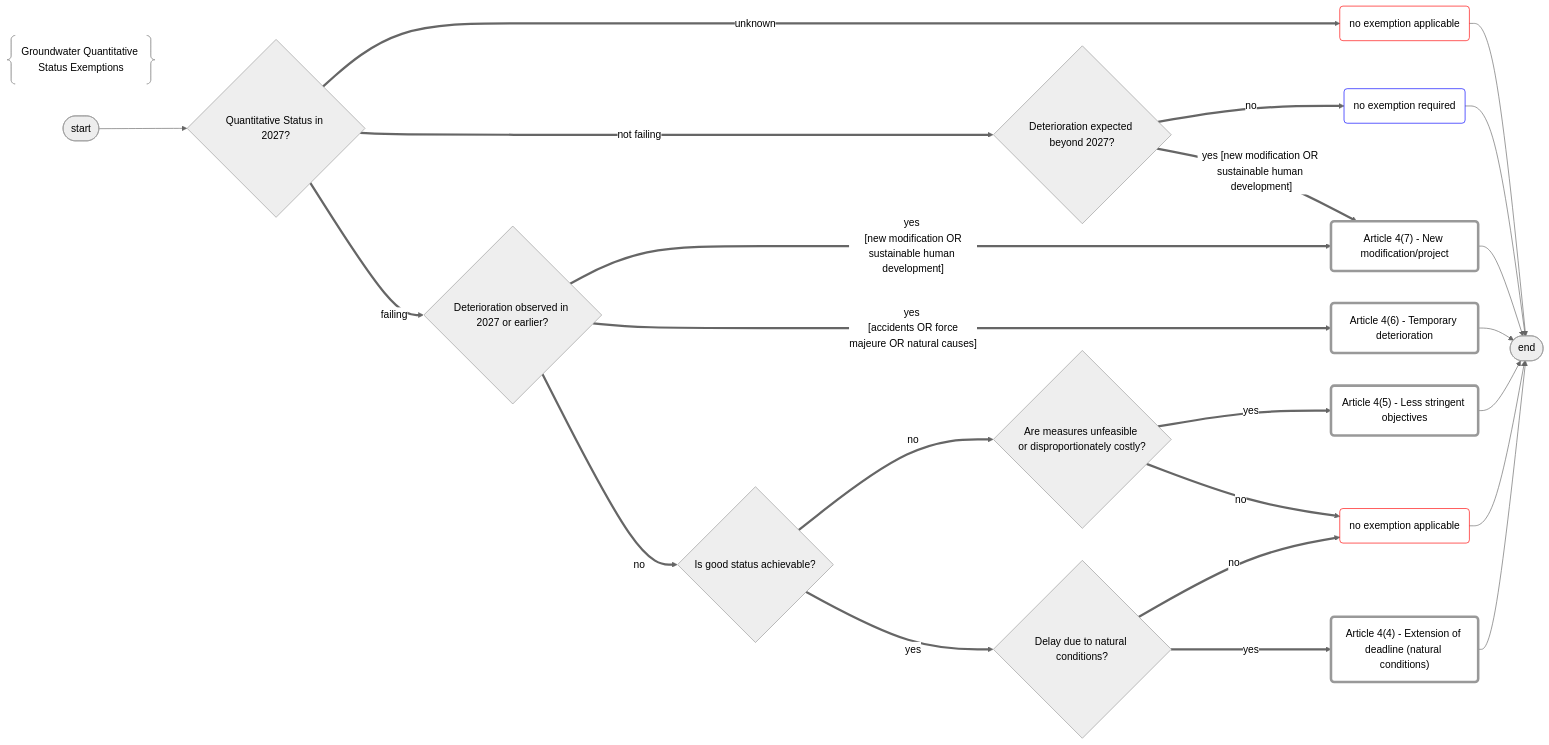
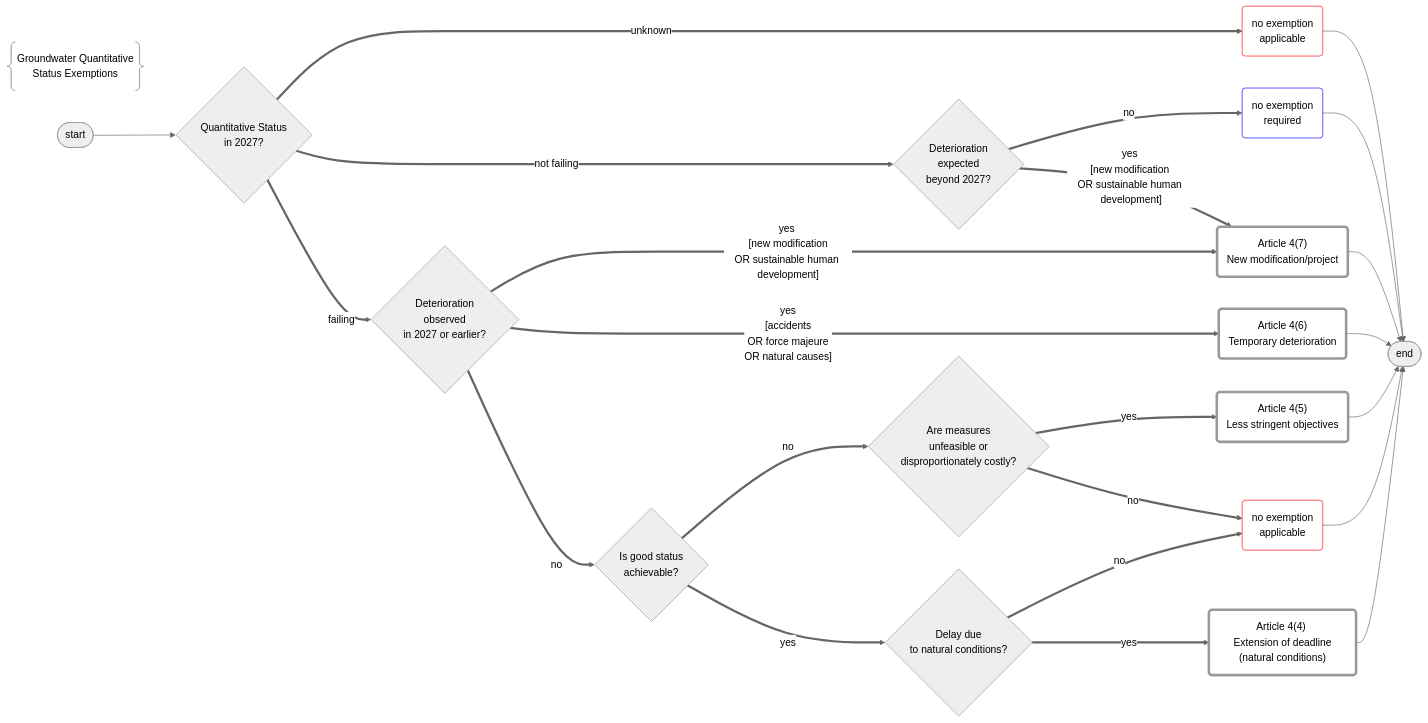
Before and after one commit to eeadata/WISE.WFD.Documentation: the diagram in docs/DataModelReview/mmd/Exemptions_QuantitativeExemption_Flowchart.mmd, drawn with Mermaid. The commit also changed 4 other files, not shown here.

Commit message:
Inserting forced line breaks into the flowcharts

```diff
--- a/docs/DataModelReview/mmd/Exemptions_QuantitativeExemption_Flowchart.mmd
+++ b/docs/DataModelReview/mmd/Exemptions_QuantitativeExemption_Flowchart.mmd
@@ -1,76 +1,76 @@
 %%{init: {'theme': 'neutral'}}%%
 
 flowchart LR
 
 %% Groundwater Quantitative Status Exemptions
-title@{ shape: braces, label: "Groundwater Quantitative Status Exemptions" }
+title@{ shape: braces, label: "Groundwater Quantitative <br/>Status Exemptions" }
 
 %% Defining the nodes
 		
 initial([start])
 final([end])
 
 %% duplicate nodeS for just for flowchart readability
-hasNoApplicableExemption_1("no exemption applicable"):::stateRed
-hasNoApplicableExemption_2("no exemption required"):::stateBlue
-hasNoApplicableExemption_3("no exemption applicable"):::stateRed
+hasNoApplicableExemption_1("no exemption <br/>applicable"):::stateRed
+hasNoApplicableExemption_2("no exemption <br/>required"):::stateBlue
+hasNoApplicableExemption_3("no exemption <br/>applicable"):::stateRed
 
-hasExemption44n("Article 4(4) - Extension of deadline (natural conditions)"):::state
-hasExemption45("Article 4(5) - Less stringent objectives"):::state
-hasExemption46("Article 4(6) - Temporary deterioration"):::state
-hasExemption47("Article 4(7) - New modification/project"):::state
+hasExemption44n("Article 4(4) <br/> Extension of deadline (natural conditions)"):::state
+hasExemption45("Article 4(5) <br/> Less stringent objectives"):::state
+hasExemption46("Article 4(6) <br/> Temporary deterioration"):::state
+hasExemption47("Article 4(7) <br/> New modification/project"):::state
 
 %% Defining the decisions
 
-isQuantitativeStatusIn2027{"Quantitative Status in 2027?"}
-isDeteriorationExpected{"Deterioration expected beyond 2027?"}
-isDeteriorationObserved{"Deterioration observed in 2027 or earlier?"}
-isGoodStatusAchievable{"Is good status achievable?"}
-isUnfeasibleOrCostly{"Are measures unfeasible or disproportionately costly?"}
-isDelayDueToNaturalConditions{"Delay due to natural conditions?"}
+isQuantitativeStatusIn2027{"Quantitative Status <br/>in 2027?"}
+isDeteriorationExpected{"Deterioration <br/>expected <br/>beyond 2027?"}
+isDeteriorationObserved{"Deterioration <br/>observed <br/>in 2027 or earlier?"}
+isGoodStatusAchievable{"Is good status <br/>achievable?"}
+isUnfeasibleOrCostly{"Are measures <br/>unfeasible or <br/>disproportionately costly?"}
+isDelayDueToNaturalConditions{"Delay due <br/>to natural conditions?"}
 
 %% Flow to TERMINATORS
 
 initial --> isQuantitativeStatusIn2027
 hasNoApplicableExemption_1 --> final
 hasNoApplicableExemption_2 --> final
 hasNoApplicableExemption_3 --> final
 hasExemption47 --> final 
 hasExemption46 --> final 
 hasExemption45 --> final 
 hasExemption44n --> final 
 
 %% THE IMPORTANT PART STARTS HERE
 
 %% NO EXEMPTION POSSIBLE - If the status is unknown, then exemptions cannot be reported
 isQuantitativeStatusIn2027 ==>|unknown|hasNoApplicableExemption_1
 
 %% NO EXEMPTION NEEDED - if the status is not failing and no deterioration is expected, then no exemption is needed
 isQuantitativeStatusIn2027 ==>|not failing|isDeteriorationExpected
 isDeteriorationExpected ==>|no|hasNoApplicableExemption_2
 
 %% ARTICLE 4(7) - DETERIORATION DUE TO NEW MODIFICATION OR PROJECT
-isDeteriorationExpected ==>|"yes [new modification OR sustainable human development]"|hasExemption47
+isDeteriorationExpected ==>|"yes <br/>[new modification <br/>OR sustainable human development]"|hasExemption47
 
 %% ARTICLE 4(6) - DETERIORATION DUE TO ACCIDENTS OR FORCE MAJEURE OR NATURAL CAUSES
 isQuantitativeStatusIn2027 ==>|failing|isDeteriorationObserved
-isDeteriorationObserved ==>|"yes \n [new modification OR sustainable human development]"|hasExemption47
-isDeteriorationObserved ==>|"yes \n [accidents OR force majeure OR natural causes]"|hasExemption46
+isDeteriorationObserved ==>|"yes <br/> [new modification <br/>OR sustainable human development]"|hasExemption47
+isDeteriorationObserved ==>|"yes <br/> [accidents <br/>OR force majeure <br/>OR natural causes]"|hasExemption46
 isDeteriorationObserved ==>|no|isGoodStatusAchievable
 
 %% ARTICLE 4(5) - LESS STRINGENT OBJECTIVES
 isGoodStatusAchievable ==>|no|isUnfeasibleOrCostly
 isUnfeasibleOrCostly ==> |yes|hasExemption45
 isUnfeasibleOrCostly ==> |no|hasNoApplicableExemption_3
 
 %% ARTICLE 4(4) EXTENSION OF DEADLINE - NATURAL CONDITIONS
 isGoodStatusAchievable ==>|yes|isDelayDueToNaturalConditions
 
 %% ARTICLE 4(5) EXTENSION OF DEADLINE - FEASIBILITY OR COST - NO EXEMPTION POSSIBLE
 isDelayDueToNaturalConditions ==>|no|hasNoApplicableExemption_3
 isDelayDueToNaturalConditions ==>|yes|hasExemption44n
 
 %% styling
 classDef state stroke-width:4px,fill:transparent
 classDef stateRed stroke:red,fill:transparent
 classDef stateBlue stroke:blue,fill:transparent
```
